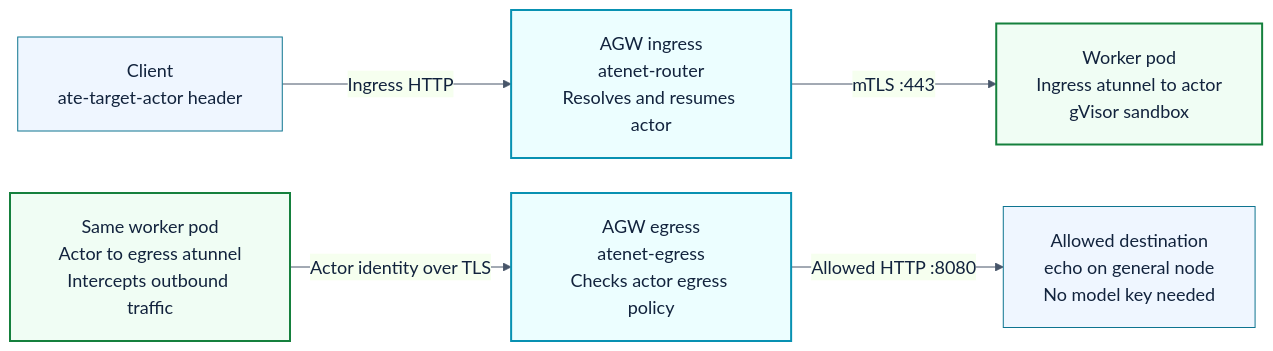
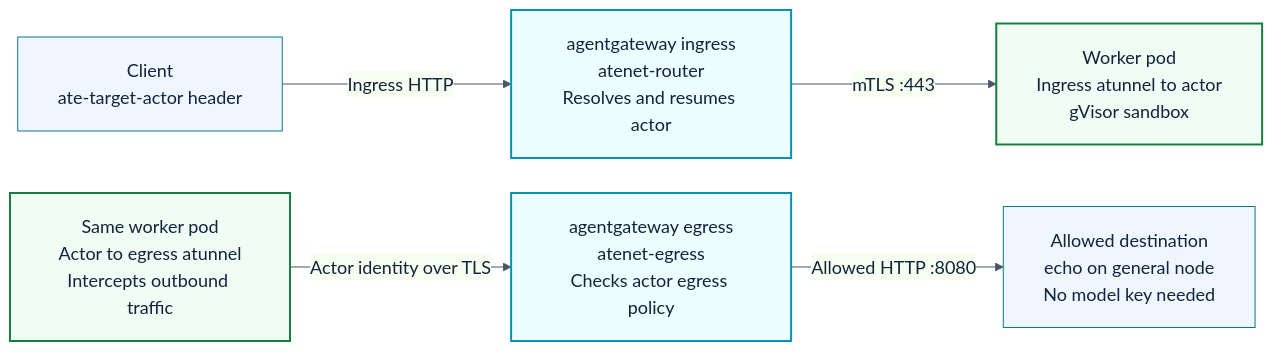
One commit to tjorourke/solo-labs changed the diagram in agent-substrate-least-privilege-kind/diagrams/agw-actor-traffic.mmd. Above: the diagram before and after it, drawn with Mermaid. The commit also changed 13 other files, not shown here.

```diff
--- a/agent-substrate-least-privilege-kind/diagrams/agw-actor-traffic.mmd
+++ b/agent-substrate-least-privilege-kind/diagrams/agw-actor-traffic.mmd
@@ -1,10 +1,10 @@
 %%{init: {"theme":"base","themeVariables":{"fontFamily":"Arial","fontSize":"18px","primaryColor":"#eff6ff","primaryTextColor":"#12233d","primaryBorderColor":"#0e7490","lineColor":"#475569"},"flowchart":{"curve":"linear","nodeSpacing":35,"rankSpacing":40,"padding":20}}}%%
 flowchart LR
-    C["Client<br/>ate-target-actor header"] -->|"Ingress HTTP"| I["AGW ingress<br/>atenet-router<br/>Resolves and resumes actor"]
+    C["Client<br/>ate-target-actor header"] -->|"Ingress HTTP"| I["agentgateway ingress<br/>atenet-router<br/>Resolves and resumes actor"]
     I -->|"mTLS :443"| W["Worker pod<br/>Ingress atunnel to actor<br/>gVisor sandbox"]
-    O["Same worker pod<br/>Actor to egress atunnel<br/>Intercepts outbound traffic"] -->|"Actor identity over TLS"| E["AGW egress<br/>atenet-egress<br/>Checks actor egress policy"]
+    O["Same worker pod<br/>Actor to egress atunnel<br/>Intercepts outbound traffic"] -->|"Actor identity over TLS"| E["agentgateway egress<br/>atenet-egress<br/>Checks actor egress policy"]
     E -->|"Allowed HTTP :8080"| D["Allowed destination<br/>echo on general node<br/>No model key needed"]
     classDef gateway fill:#ecfeff,stroke:#0891b2,stroke-width:2px;
     classDef actor fill:#f0fdf4,stroke:#15803d,stroke-width:2px;
     class I,E gateway;
     class W,O actor;
```
